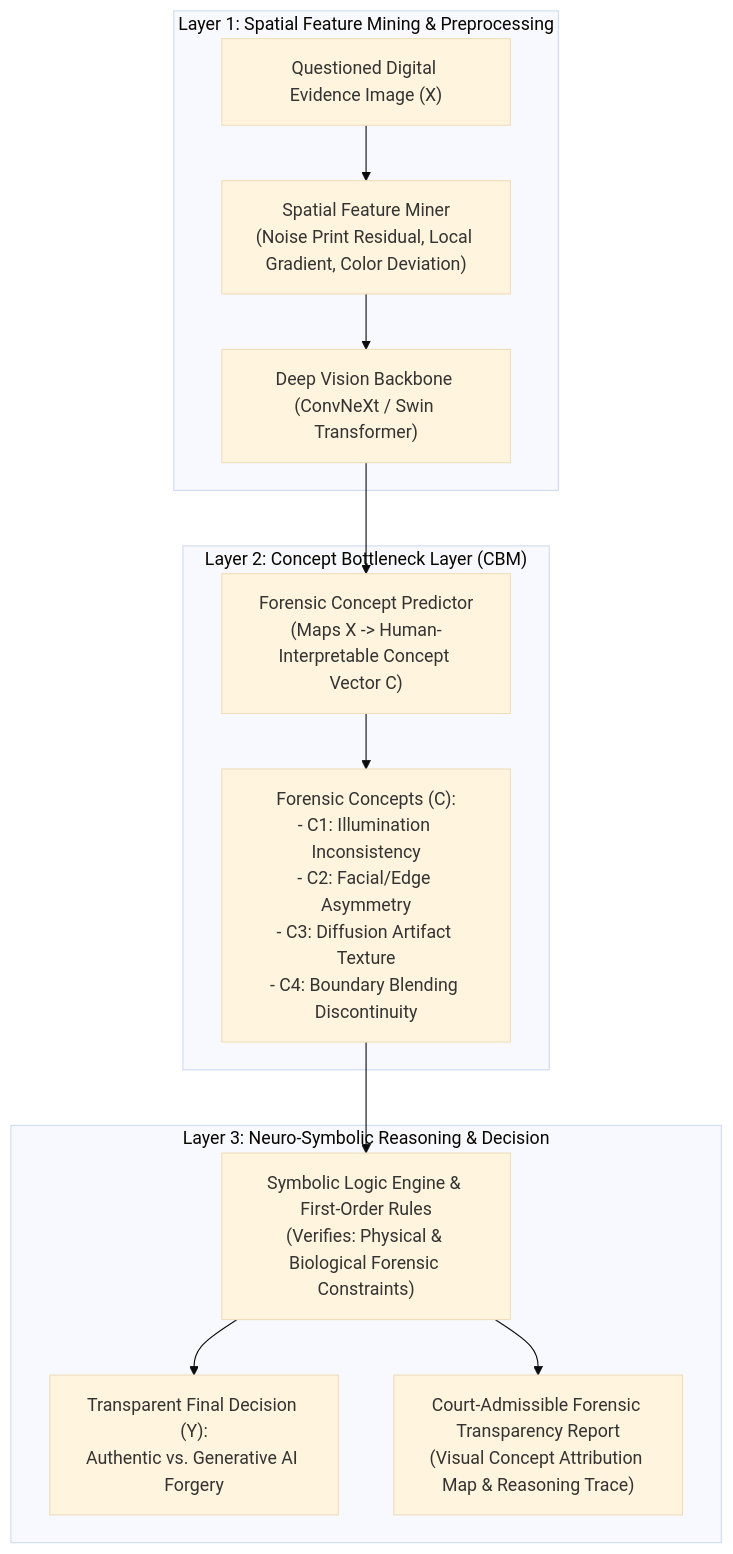
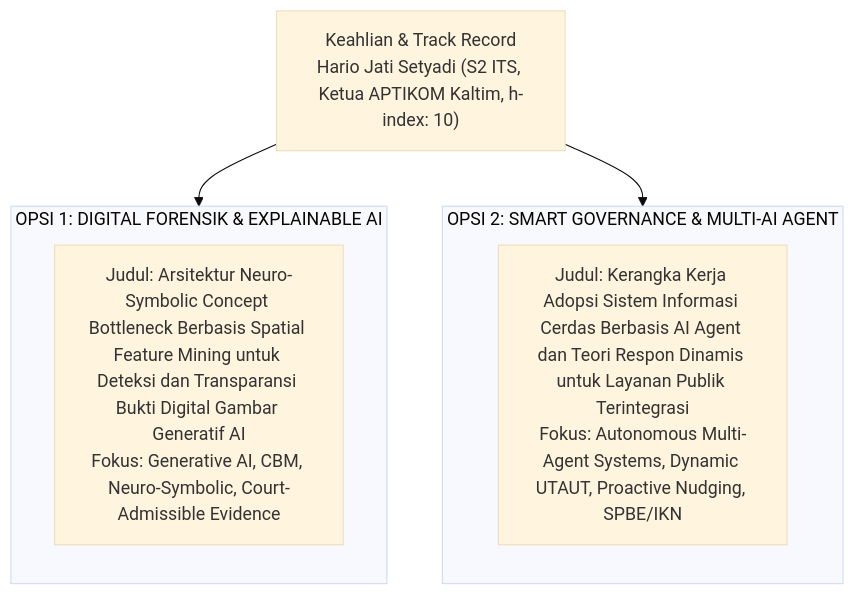
The diagram in README.md (antonprafanto/hario), drawn with Mermaid (base theme) before and after one commit. The commit also changed other lines of this file and 8 other files, not shown here.

Commit message:
feat: tambahkan Opsi 2 (Smart Governance AI Agent Adoption) lengkap berdampingan dengan Opsi 1 (Digital Forensics CBM) dalam format proposal & buku saku (.md & .docx)

````diff
--- a/README.md
+++ b/README.md
@@ -36,27 +14,13 @@
 ```mermaid
 graph TD
-    subgraph Layer1 ["Layer 1: Spatial Feature Mining & Preprocessing"]
-        InputImage["Questioned Digital Evidence Image (X)"]
-        SpatialMiner["Spatial Feature Miner<br/>(Noise Print Residual, Local Gradient, Color Deviation)"]
-        Backbone["Deep Vision Backbone (ConvNeXt / Swin Transformer)"]
+    subgraph OptionA ["OPSI 1: DIGITAL FORENSIK & EXPLAINABLE AI"]
+        T1["Judul: Arsitektur Neuro-Symbolic Concept Bottleneck Berbasis Spatial Feature Mining untuk Deteksi dan Transparansi Bukti Digital Gambar Generatif AI<br/>Fokus: Generative AI, CBM, Neuro-Symbolic, Court-Admissible Evidence"]
     end
 
-    subgraph Layer2 ["Layer 2: Concept Bottleneck Layer (CBM)"]
-        ConceptPred["Forensic Concept Predictor<br/>(Maps X -> Human-Interpretable Concept Vector C)"]
-        Concepts["Forensic Concepts (C):<br/>- C1: Illumination Inconsistency<br/>- C2: Facial/Edge Asymmetry<br/>- C3: Diffusion Artifact Texture<br/>- C4: Boundary Blending Discontinuity"]
+    subgraph OptionB ["OPSI 2: SMART GOVERNANCE & MULTI-AI AGENT"]
+        T2["Judul: Kerangka Kerja Adopsi Sistem Informasi Cerdas Berbasis AI Agent dan Teori Respon Dinamis untuk Layanan Publik Terintegrasi<br/>Fokus: Autonomous Multi-Agent Systems, Dynamic UTAUT, Proactive Nudging, SPBE/IKN"]
     end
 
-    subgraph Layer3 ["Layer 3: Neuro-Symbolic Reasoning & Decision"]
-        LogicEngine["Symbolic Logic Engine & First-Order Rules<br/>(Verifies: Physical & Biological Forensic Constraints)"]
-        Classifier["Transparent Final Decision (Y):<br/>Authentic vs. Generative AI Forgery"]
-        AuditReport["Court-Admissible Forensic Transparency Report<br/>(Visual Concept Attribution Map & Reasoning Trace)"]
-    end
-
-    InputImage --> SpatialMiner
-    SpatialMiner --> Backbone
-    Backbone --> ConceptPred
-    ConceptPred --> Concepts
-    Concepts --> LogicEngine
-    LogicEngine --> Classifier
-    LogicEngine --> AuditReport
+    Profile["Keahlian & Track Record<br/>Hario Jati Setyadi (S2 ITS, Ketua APTIKOM Kaltim, h-index: 10)"] --> OptionA
+    Profile --> OptionB
 ```
````
